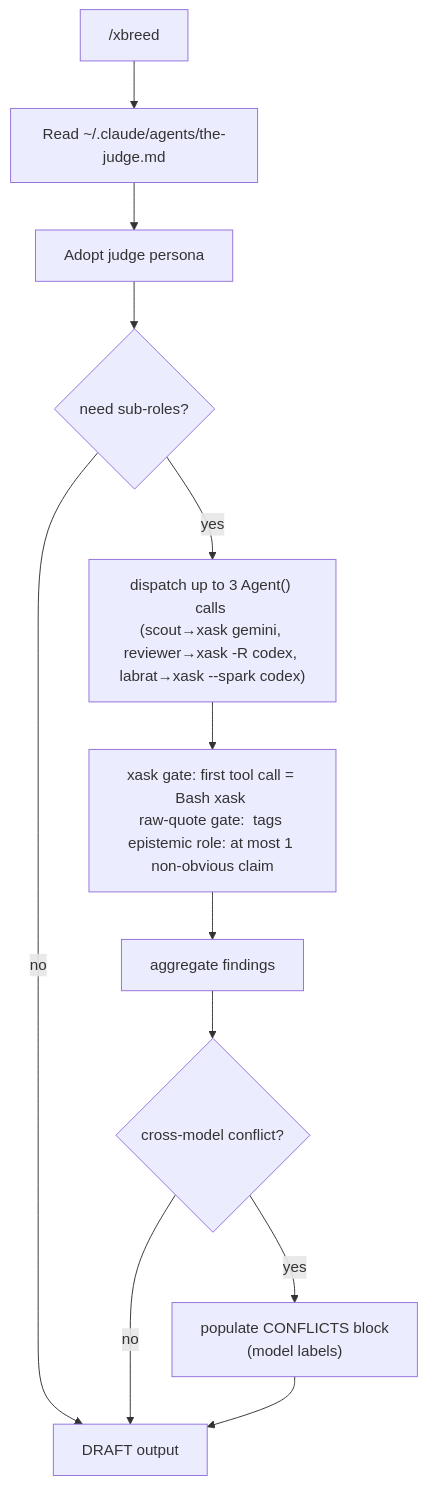
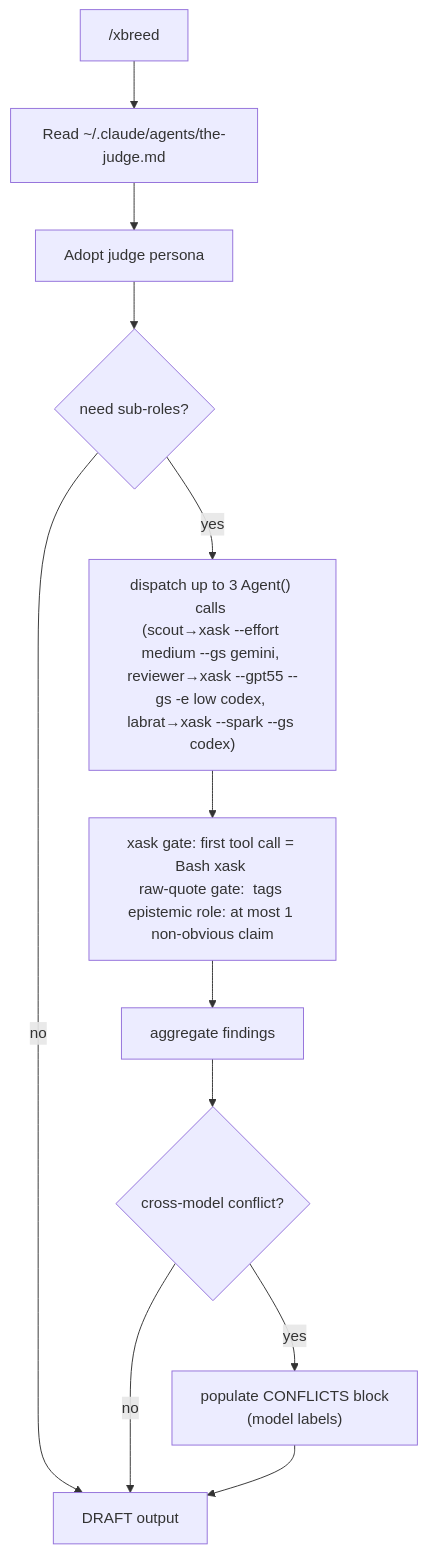
The seventh of 11 diagrams in docs/command-flows.md (VeigaPunk/xbrd-gdsp-fknpft), drawn with Mermaid before and after one commit. The commit also changed other lines of this file and 8 other files, not shown here.

First line of the commit message:
docs(xbgst): rewire codex lanes to gpt-5.5 + gemini medium + --gs

````diff
--- a/docs/command-flows.md
+++ b/docs/command-flows.md
@@ -188,14 +192,14 @@
 ```mermaid
 flowchart TD
     A["/xbreed <prompt>"] --> B["Read ~/.claude/agents/the-judge.md"]
     B --> C[Adopt judge persona]
     C --> E{need sub-roles?}
-    E -->|yes| F["dispatch up to 3 Agent() calls \n(scout→xask gemini, reviewer→xask -R codex, labrat→xask --spark codex)"]
+    E -->|yes| F["dispatch up to 3 Agent() calls \n(scout→xask --effort medium --gs gemini, reviewer→xask --gpt55 --gs -e low codex, labrat→xask --spark --gs codex)"]
     E -->|no| G[DRAFT output]
     F --> H["xask gate: first tool call = Bash xask \nraw-quote gate: <raw_output> tags \nepistemic role: at most 1 non-obvious claim"]
     H --> I[aggregate findings]
     I --> J{"cross-model conflict?"}
     J -->|yes| K["populate CONFLICTS block \n(model labels)"]
     J -->|no| G
     K --> G
 ```
````
